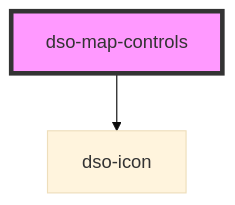
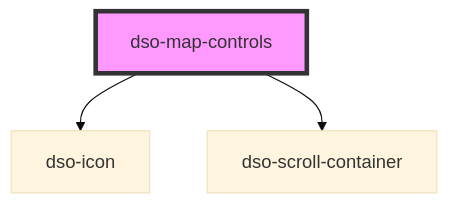
The diagram in packages/core/src/components/map-controls/readme.md (dso-toolkit/dso-toolkit), drawn with Mermaid (base theme) before and after one commit. The commit also changed other lines of this file and 33 other files, not shown here.

Commit message:
#2071 Nieuw Web Component "Scroll Container"

````diff
--- a/packages/core/src/components/map-controls/readme.md
+++ b/packages/core/src/components/map-controls/readme.md
@@ -43,5 +44,6 @@
 ```mermaid
 graph TD;
   dso-map-controls --> dso-icon
+  dso-map-controls --> dso-scroll-container
   style dso-map-controls fill:#f9f,stroke:#333,stroke-width:4px
 ```
````
